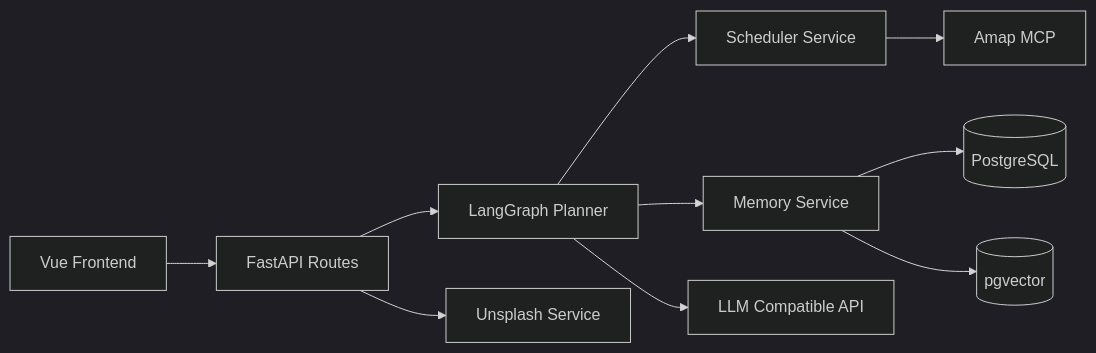
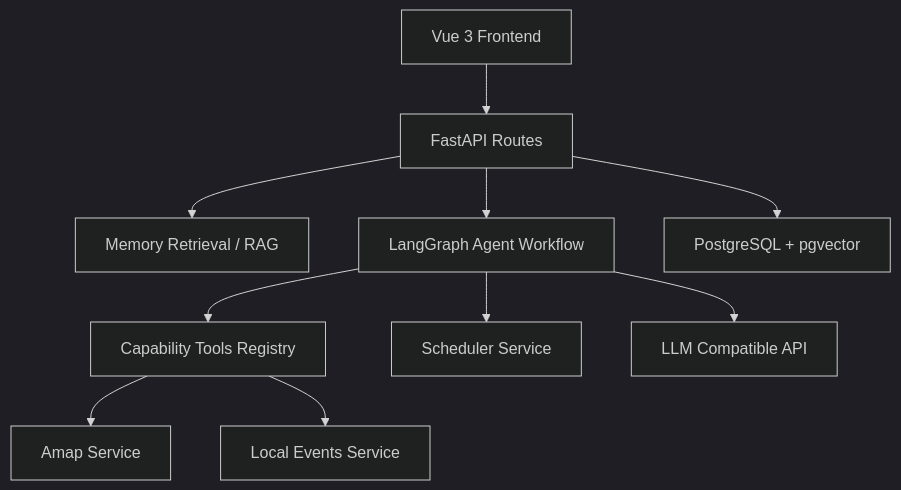
Before and after one commit to CabbageEagle/TripPlanner: the first of 2 diagrams in PROJECT_INTRODUCTION.md, drawn with Mermaid (dark theme). The commit also changed other lines of this file and 11 other files, not shown here.

````diff
--- a/PROJECT_INTRODUCTION.md
+++ b/PROJECT_INTRODUCTION.md
@@ -56,12 +39,12 @@
 ```mermaid
-flowchart LR
-    A[Vue Frontend] --> B[FastAPI Routes]
-    B --> C[LangGraph Planner]
-    C --> D[Scheduler Service]
-    C --> E[Memory Service]
-    E --> F[(PostgreSQL)]
-    E --> G[(pgvector)]
-    C --> H[LLM Compatible API]
-    D --> I[Amap MCP]
-    B --> J[Unsplash Service]
+flowchart TD
+    FE["Vue 3 Frontend"] --> API["FastAPI Routes"]
+    API --> MEM["Memory Retrieval / RAG"]
+    API --> LG["LangGraph Agent Workflow"]
+    LG --> TOOLS["Capability Tools Registry"]
+    TOOLS --> AMAP["Amap Service"]
+    TOOLS --> LOCAL["Local Events Service"]
+    LG --> SCHED["Scheduler Service"]
+    LG --> LLM["LLM Compatible API"]
+    API --> DB["PostgreSQL + pgvector"]
 ```
````
